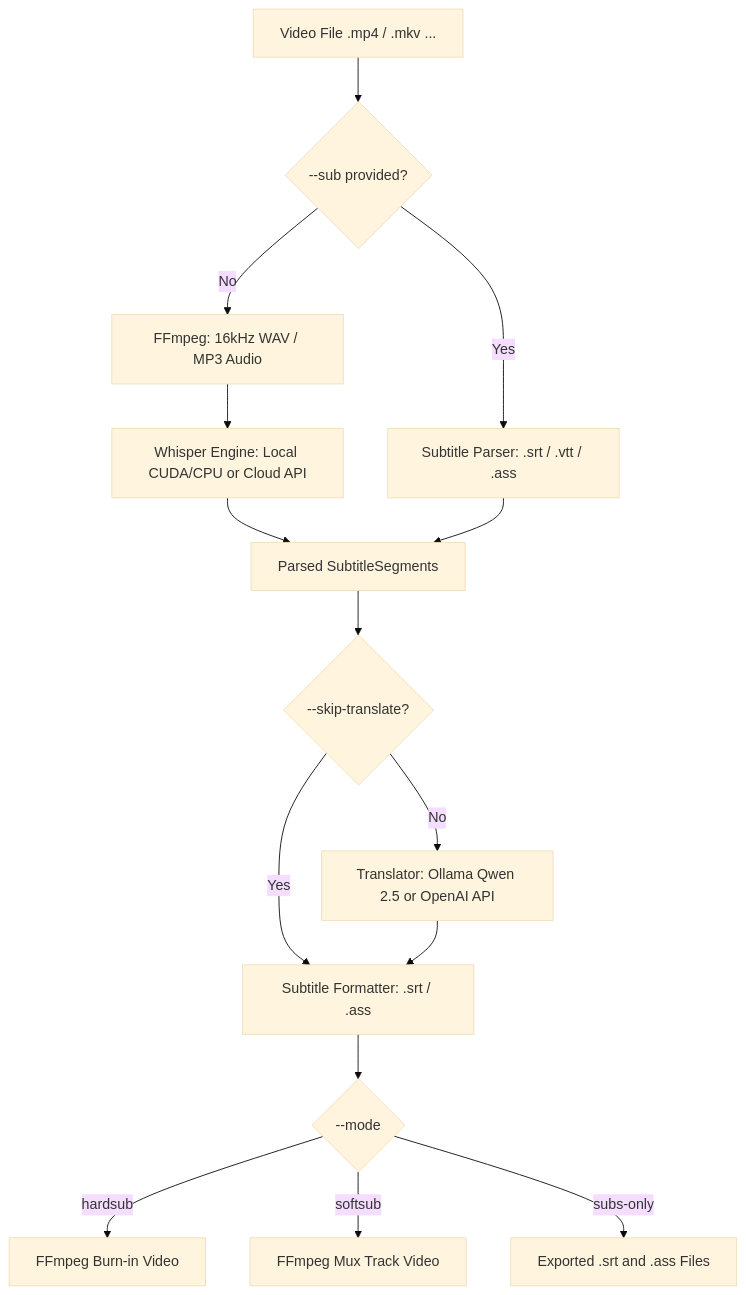
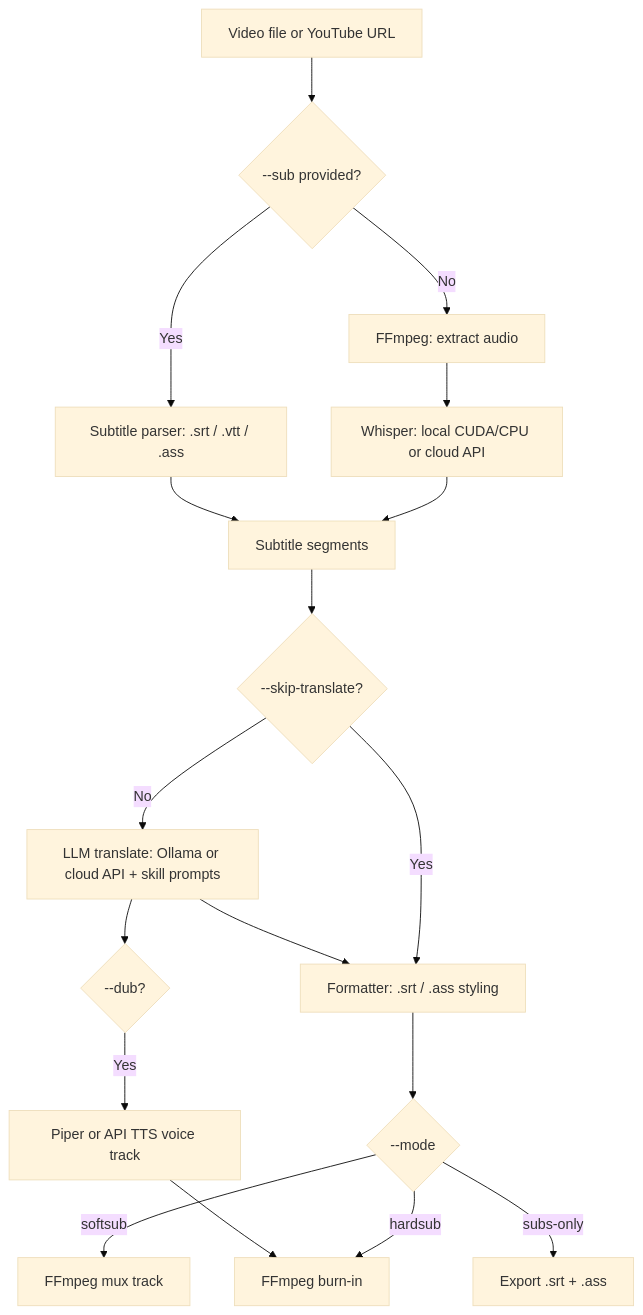
The diagram in README.md (enolalab/echo), drawn with Mermaid (base theme) before and after one commit. The commit also changed other lines of this file, not shown here.

First line of the commit message:
docs: rewrite README for open-source release — GUI, dubbing, YouTube import

````diff
--- a/README.md
+++ b/README.md
@@ -39,17 +184,20 @@
 ```mermaid
 flowchart TD
-    Video[Video File .mp4 / .mkv ...] --> CheckInput{--sub provided?}
-    CheckInput -- Yes --> Parser[Subtitle Parser: .srt / .vtt / .ass]
-    CheckInput -- No --> Extractor[FFmpeg: 16kHz WAV / MP3 Audio]
-    Extractor --> STT[Whisper Engine: Local CUDA/CPU or Cloud API]
-    STT --> Segments[Parsed SubtitleSegments]
+    Input[Video file or YouTube URL] --> CheckInput{--sub provided?}
+    CheckInput -- Yes --> Parser[Subtitle parser: .srt / .vtt / .ass]
+    CheckInput -- No --> Extractor[FFmpeg: extract audio]
+    Extractor --> STT[Whisper: local CUDA/CPU or cloud API]
+    STT --> Segments[Subtitle segments]
     Parser --> Segments
     Segments --> CheckTrans{--skip-translate?}
-    CheckTrans -- No --> Translator[Translator: Ollama Qwen 2.5 or OpenAI API]
+    CheckTrans -- No --> Translator[LLM translate: Ollama or cloud API + skill prompts]
     CheckTrans -- Yes --> Formatter
-    Translator --> Formatter[Subtitle Formatter: .srt / .ass]
+    Translator --> Formatter[Formatter: .srt / .ass styling]
     Formatter --> Mode{--mode}
-    Mode -- hardsub --> Hardsub[FFmpeg Burn-in Video]
-    Mode -- softsub --> Softsub[FFmpeg Mux Track Video]
-    Mode -- subs-only --> SubsOnly[Exported .srt and .ass Files]
+    Mode -- hardsub --> Burn[FFmpeg burn-in]
+    Mode -- softsub --> Mux[FFmpeg mux track]
+    Mode -- subs-only --> Files[Export .srt + .ass]
+    Translator --> Dub{--dub?}
+    Dub -- Yes --> TTS[Piper or API TTS voice track]
+    TTS --> Burn
 ```
````
